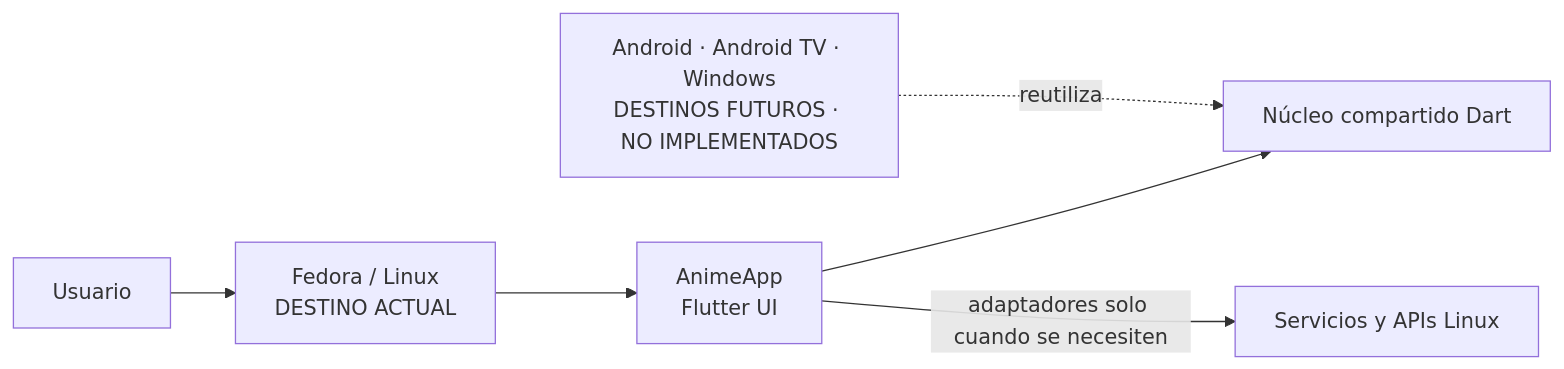
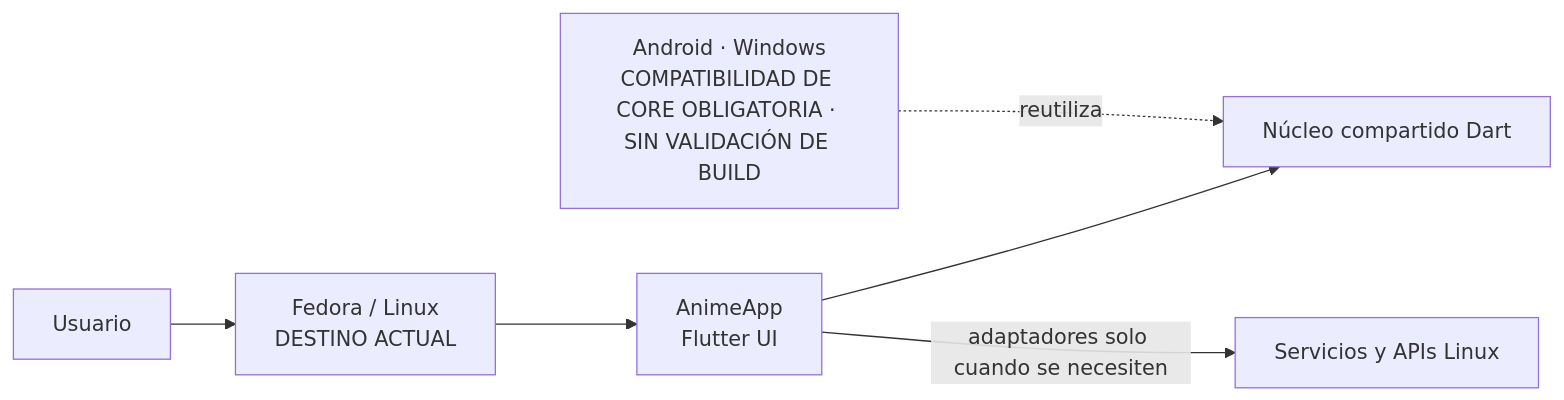
One commit to kurogamishuen15/AnimeApp-Dev changed the first of 5 diagrams in ARCHITECTURE.md. Above: the diagram before and after it, drawn with Mermaid. The commit also changed other lines of this file and 64 other files, not shown here.

````diff
--- a/ARCHITECTURE.md
+++ b/ARCHITECTURE.md
@@ -13,13 +13,13 @@
 ```mermaid
 flowchart LR
   User[Usuario]
   Linux[Fedora / Linux\nDESTINO ACTUAL]
   App[AnimeApp\nFlutter UI]
   Core[Núcleo compartido Dart]
   OS[Servicios y APIs Linux]
-  Future[Android · Android TV · Windows\nDESTINOS FUTUROS · NO IMPLEMENTADOS]
+  Future[Android · Windows\nCOMPATIBILIDAD DE CORE OBLIGATORIA · SIN VALIDACIÓN DE BUILD]
   User --> Linux --> App
   App --> Core
   App -->|adaptadores solo cuando se necesiten| OS
   Future -. reutiliza .-> Core
 ```
````
